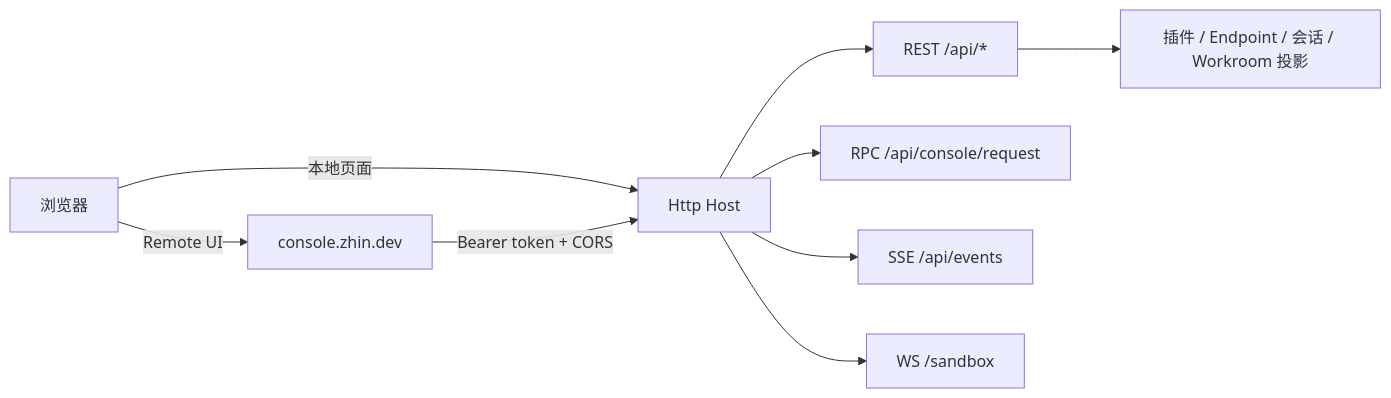
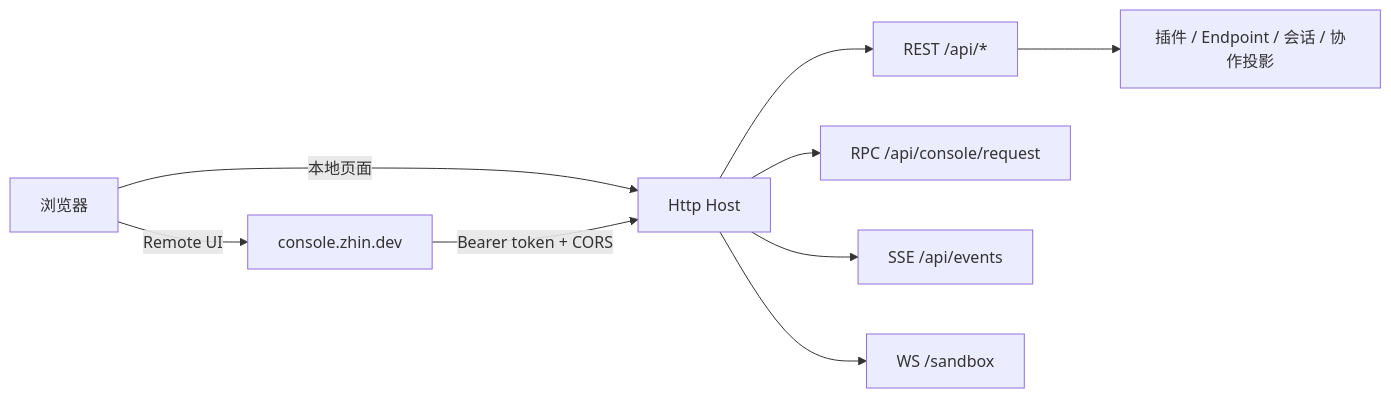
Before and after one commit to zhinjs/zhin: the diagram in docs/console/index.md, drawn with Mermaid. The commit also changed other lines of this file and 467 other files, not shown here.

````diff
--- a/docs/console/index.md
+++ b/docs/console/index.md
@@ -45,11 +45,11 @@
 ```mermaid
 flowchart LR
     B[浏览器] -->|Remote UI| RC[console.zhin.dev]
     B -->|本地页面| H
     RC -->|Bearer token + CORS| H[Http Host]
     H --> R1[REST /api/*]
     H --> R2[RPC /api/console/request]
     H --> R3[SSE /api/events]
     H --> R4[WS /sandbox]
-    R1 --> P[插件 / Endpoint / 会话 / Workroom 投影]
+    R1 --> P[插件 / Endpoint / 会话 / 协作投影]
 ```
````
